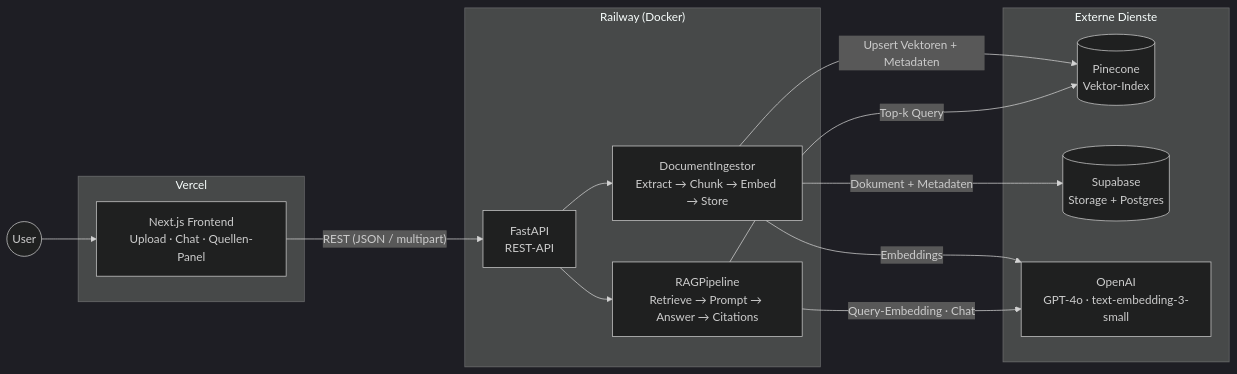
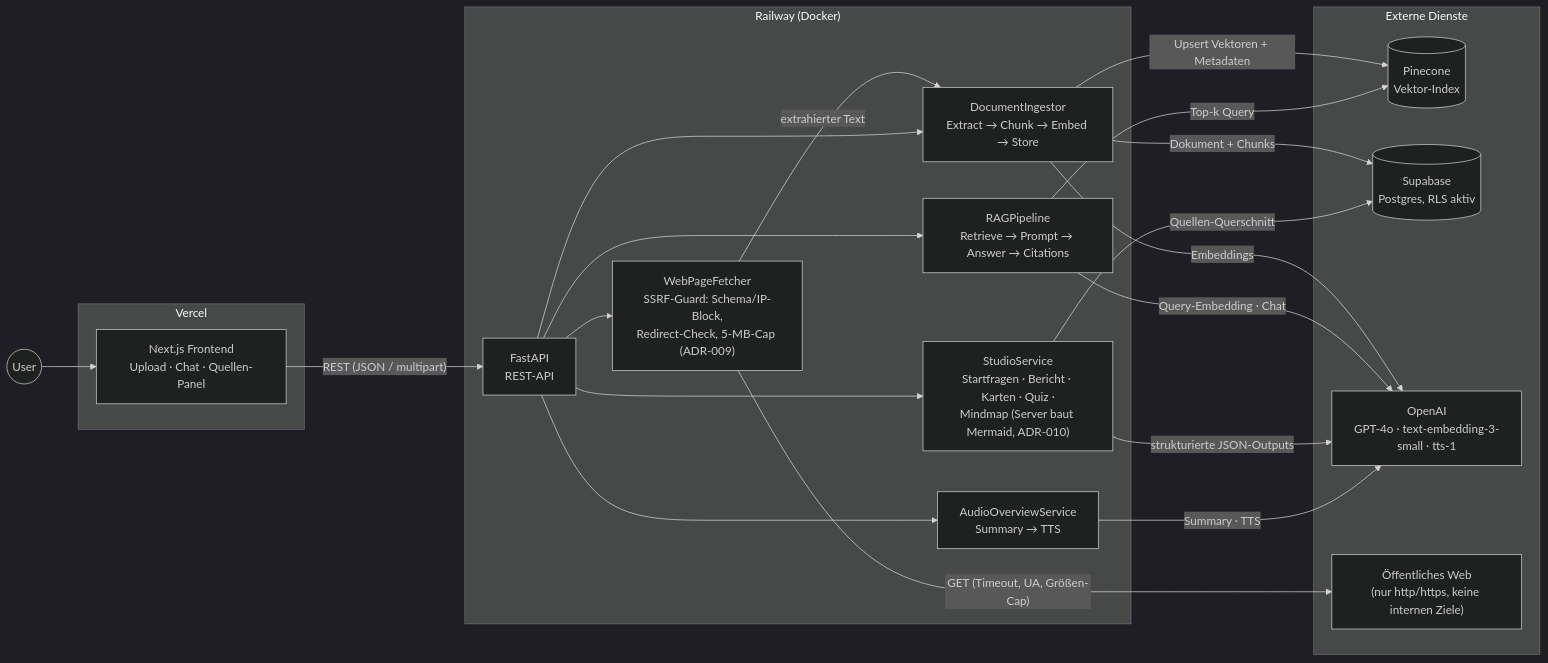
The diagram in docs/architecture.md (tib019/sourcerer), drawn with Mermaid (dark theme) before and after one commit. The commit also changed 11 other files, not shown here.

````diff
--- a/docs/architecture.md
+++ b/docs/architecture.md
@@ -5,28 +5,40 @@
 ```mermaid
 flowchart LR
     subgraph Vercel
         FE["Next.js Frontend<br/>Upload · Chat · Quellen-Panel"]
     end
 
     subgraph Railway["Railway (Docker)"]
         API["FastAPI<br/>REST-API"]
+        FETCH["WebPageFetcher<br/>SSRF-Guard: Schema/IP-Block,<br/>Redirect-Check, 5-MB-Cap (ADR-009)"]
         ING["DocumentIngestor<br/>Extract → Chunk → Embed → Store"]
         RAG["RAGPipeline<br/>Retrieve → Prompt → Answer → Citations"]
+        STUDIO["StudioService<br/>Startfragen · Bericht · Karten · Quiz ·<br/>Mindmap (Server baut Mermaid, ADR-010)"]
+        AUDIO["AudioOverviewService<br/>Summary → TTS"]
+        API --> FETCH
+        FETCH -- "extrahierter Text" --> ING
         API --> ING
         API --> RAG
+        API --> STUDIO
+        API --> AUDIO
     end
 
     subgraph Extern["Externe Dienste"]
         PC[("Pinecone<br/>Vektor-Index")]
-        SB[("Supabase<br/>Storage + Postgres")]
-        OAI["OpenAI<br/>GPT-4o · text-embedding-3-small"]
+        SB[("Supabase<br/>Postgres, RLS aktiv")]
+        OAI["OpenAI<br/>GPT-4o · text-embedding-3-small · tts-1"]
+        WEB["Öffentliches Web<br/>(nur http/https, keine internen Ziele)"]
     end
 
     User((User)) --> FE
     FE -- "REST (JSON / multipart)" --> API
+    FETCH -- "GET (Timeout, UA, Größen-Cap)" --> WEB
     ING -- "Embeddings" --> OAI
     ING -- "Upsert Vektoren + Metadaten" --> PC
-    ING -- "Dokument + Metadaten" --> SB
+    ING -- "Dokument + Chunks" --> SB
     RAG -- "Query-Embedding · Chat" --> OAI
     RAG -- "Top-k Query" --> PC
+    STUDIO -- "Quellen-Querschnitt" --> SB
+    STUDIO -- "strukturierte JSON-Outputs" --> OAI
+    AUDIO -- "Summary · TTS" --> OAI
 ```
````
